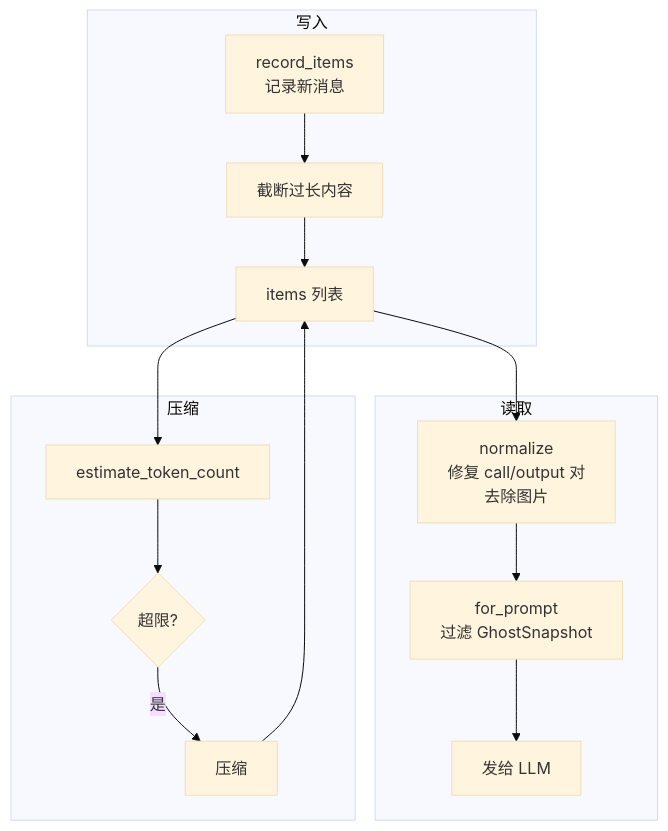
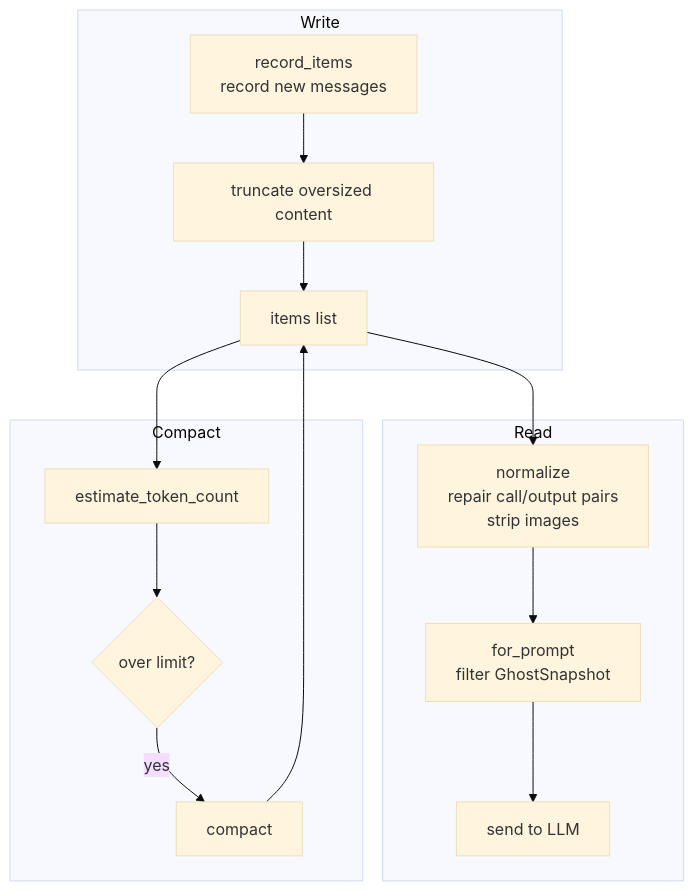
Before and after one commit to yibn2008/learn-codex: the diagram in wiki/05-context-management.md, drawn with Mermaid (base theme). The commit also changed other lines of this file and 32 other files, not shown here.

````diff
--- a/wiki/05-context-management.md
+++ b/wiki/05-context-management.md
@@ -42,20 +44,20 @@
 ```mermaid
 graph TD
-    subgraph 写入
-        REC[record_items<br/>记录新消息] --> TRUNC[截断过长内容]
-        TRUNC --> ITEMS[items 列表]
+    subgraph Write
+        REC[record_items<br/>record new messages] --> TRUNC[truncate oversized content]
+        TRUNC --> ITEMS[items list]
     end
 
-    subgraph 读取
-        ITEMS --> NORM[normalize<br/>修复 call/output 对<br/>去除图片]
-        NORM --> PROMPT[for_prompt<br/>过滤 GhostSnapshot]
-        PROMPT --> LLM[发给 LLM]
+    subgraph Read
+        ITEMS --> NORM[normalize<br/>repair call/output pairs<br/>strip images]
+        NORM --> PROMPT[for_prompt<br/>filter GhostSnapshot]
+        PROMPT --> LLM[send to LLM]
     end
 
-    subgraph 压缩
+    subgraph Compact
         ITEMS --> EST[estimate_token_count]
-        EST --> CHECK{超限?}
-        CHECK -->|是| COMPACT[压缩]
+        EST --> CHECK{over limit?}
+        CHECK -->|yes| COMPACT[compact]
         COMPACT --> ITEMS
     end
 ```
````
